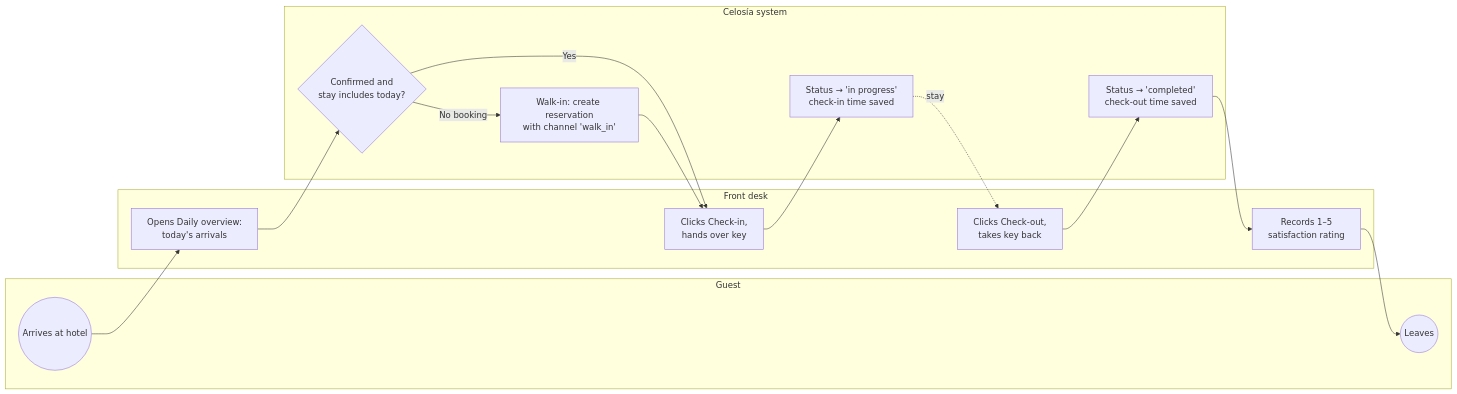
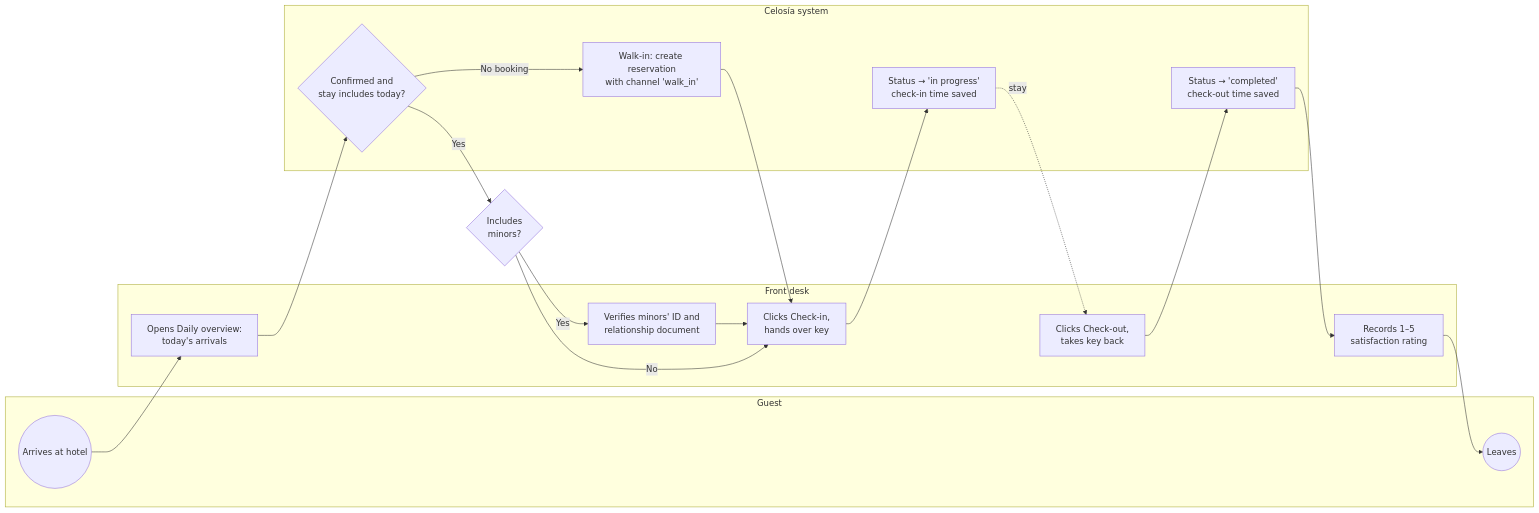
Before and after one commit to shenaoferna/celosia-hotel-BI: the fourth of 5 diagrams in docs/03-process-maps.md, drawn with Mermaid. The commit also changed other lines of this file and 13 other files, not shown here.

````diff
--- a/docs/03-process-maps.md
+++ b/docs/03-process-maps.md
@@ -124,23 +124,26 @@
 ```mermaid
 flowchart LR
     subgraph G[Guest]
         A((Arrives at hotel))
         Z((Leaves))
     end
     subgraph F[Front desk]
         B[Opens Daily overview:<br/>today's arrivals]
+        MD[Verifies minors' ID and<br/>relationship document]
         E[Clicks Check-in,<br/>hands over key]
         H[Clicks Check-out,<br/>takes key back]
         R[Records 1–5<br/>satisfaction rating]
     end
     subgraph S[Celosía system]
         V{Confirmed and<br/>stay includes today?}
         W[Status → 'in progress'<br/>check-in time saved]
         X[Status → 'completed'<br/>check-out time saved]
         N[Walk-in: create reservation<br/>with channel 'walk_in']
     end
     A --> B --> V
-    V -- Yes --> E --> W
+    V -- Yes --> MN{Includes<br/>minors?}
+    MN -- No --> E --> W
+    MN -- Yes --> MD --> E
     V -- No booking --> N --> E
     W -. stay .-> H --> X --> R --> Z
 ```
````
